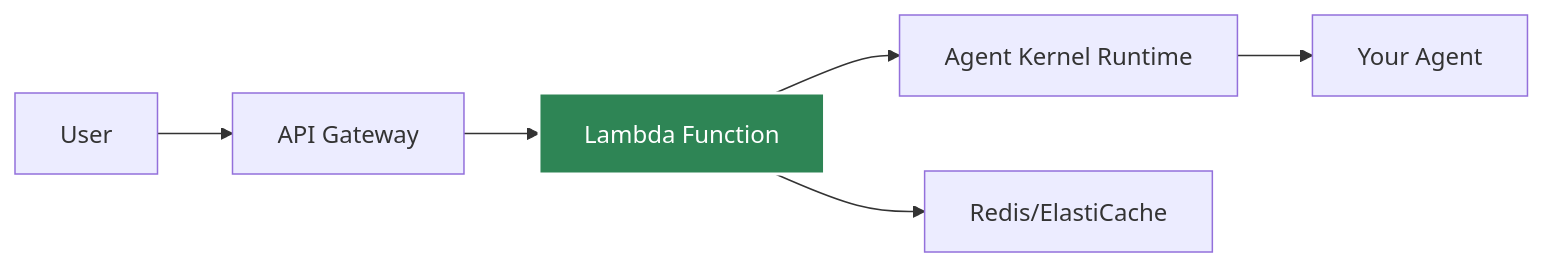
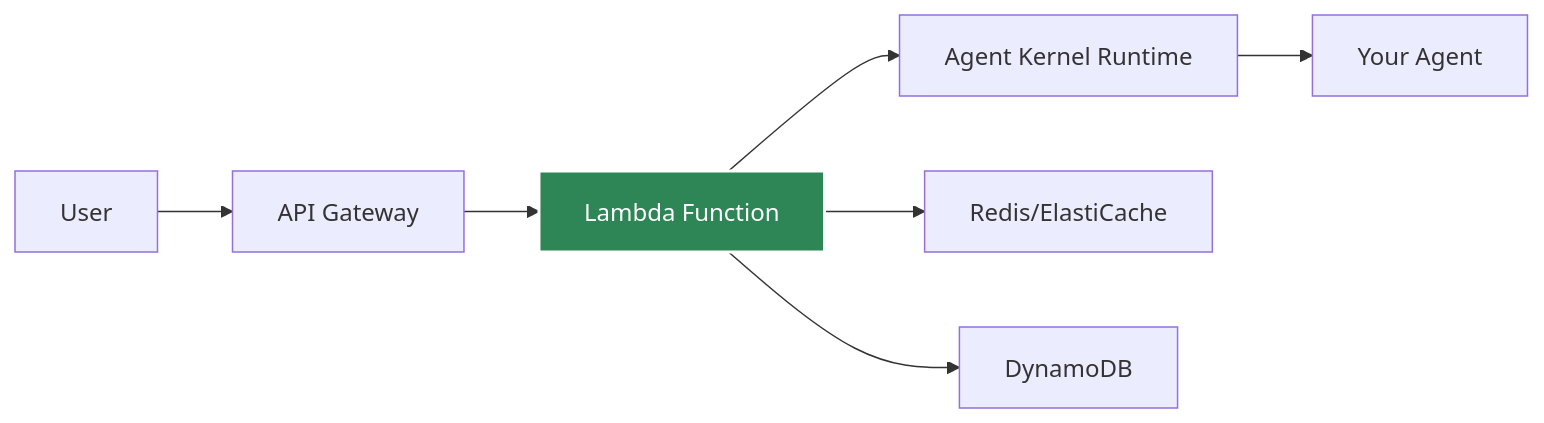
Before and after one commit to yaalalabs/agent-kernel: the diagram in docs/docs/deployment/aws-serverless.md, drawn with Mermaid. The commit also changed other lines of this file and 9 other files, not shown here.

````diff
--- a/docs/docs/deployment/aws-serverless.md
+++ b/docs/docs/deployment/aws-serverless.md
@@ -11,10 +11,11 @@
 ```mermaid
 graph LR
     A[User] --> B[API Gateway]
     B --> C[Lambda Function]
     C --> D[Agent Kernel Runtime]
     D --> E[Your Agent]
     C --> F[Redis/ElastiCache]
+    C --> G[DynamoDB]
     
     style C fill:#2e8555,stroke:#fff,stroke-width:2px,color:#fff
 ```
````
